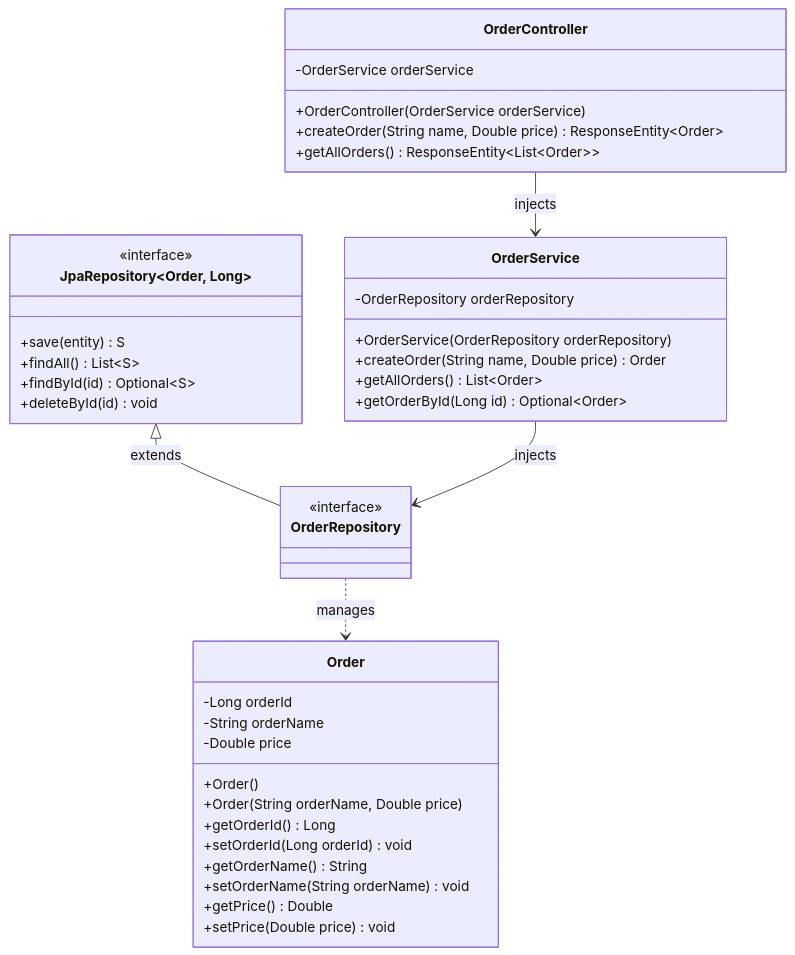
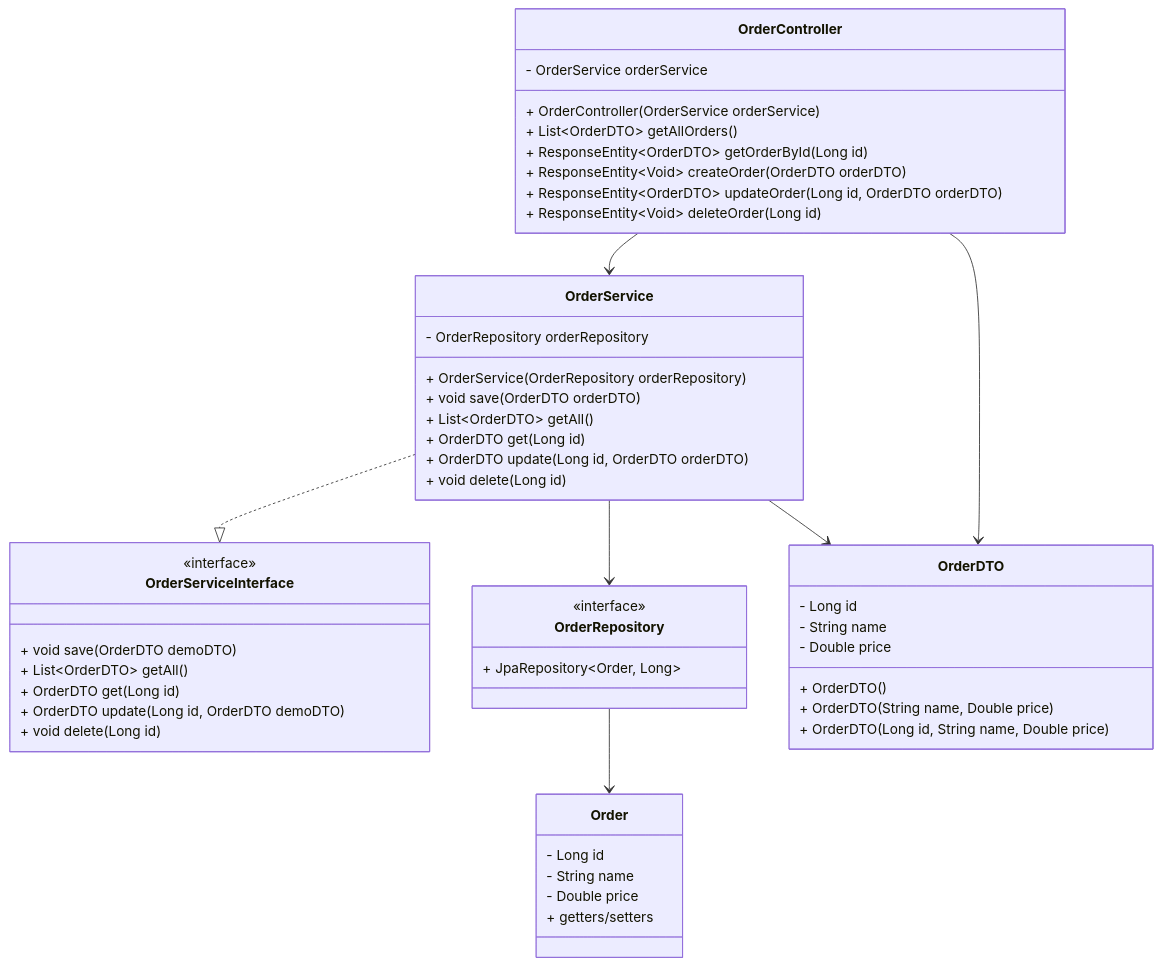
The second of 2 diagrams in README.md (rdr02000/demo), drawn with Mermaid before and after one commit. The commit also changed other lines of this file, not shown here.

Commit message:
update diagram

````diff
--- a/README.md
+++ b/README.md
@@ -171,50 +171,60 @@
 ```mermaid
 classDiagram
-    class Order {
-        -Long orderId
-        -String orderName
-        -Double price
-        +Order()
-        +Order(String orderName, Double price)
-        +getOrderId() Long
-        +setOrderId(Long orderId) void
-        +getOrderName() String
-        +setOrderName(String orderName) void
-        +getPrice() Double
-        +setPrice(Double price) void
+    class OrderController {
+        - OrderService orderService
+        + OrderController(OrderService orderService)
+        + List~OrderDTO~ getAllOrders()
+        + ResponseEntity~OrderDTO~ getOrderById(Long id)
+        + ResponseEntity~Void~ createOrder(OrderDTO orderDTO)
+        + ResponseEntity~OrderDTO~ updateOrder(Long id, OrderDTO orderDTO)
+        + ResponseEntity~Void~ deleteOrder(Long id)
     }
 
-    class JpaRepository~Order, Long~ {
+    class OrderService {
+        - OrderRepository orderRepository
+        + OrderService(OrderRepository orderRepository)
+        + void save(OrderDTO orderDTO)
+        + List~OrderDTO~ getAll()
+        + OrderDTO get(Long id)
+        + OrderDTO update(Long id, OrderDTO orderDTO)
+        + void delete(Long id)
+    }
+
+    class OrderServiceInterface {
         <<interface>>
-        +save(entity) S
-        +findAll() List~S~
-        +findById(id) Optional~S~
-        +deleteById(id) void
+        + void save(OrderDTO demoDTO)
+        + List~OrderDTO~ getAll()
+        + OrderDTO get(Long id)
+        + OrderDTO update(Long id, OrderDTO demoDTO)
+        + void delete(Long id)
     }
 
     class OrderRepository {
         <<interface>>
+        + JpaRepository~Order, Long~
     }
 
-    class OrderService {
-        -OrderRepository orderRepository
-        +OrderService(OrderRepository orderRepository)
-        +createOrder(String name, Double price) Order
-        +getAllOrders() List~Order~
-        +getOrderById(Long id) Optional~Order~
+    class Order {
+        - Long id
+        - String name
+        - Double price
+        + getters/setters
     }
 
-    class OrderController {
-        -OrderService orderService
-        +OrderController(OrderService orderService)
-        +createOrder(String name, Double price) ResponseEntity~Order~
-        +getAllOrders() ResponseEntity~List~Order~~
+    class OrderDTO {
+        - Long id
+        - String name
+        - Double price
+        + OrderDTO()
+        + OrderDTO(String name, Double price)
+        + OrderDTO(Long id, String name, Double price)
     }
 
-    %% Relationships
-    JpaRepository <|-- OrderRepository : extends
-    OrderRepository ..> Order : manages
-    OrderService --> OrderRepository : injects
-    OrderController --> OrderService : injects
+    OrderController --> OrderService
+    OrderService ..|> OrderServiceInterface
+    OrderService --> OrderRepository
+    OrderRepository --> Order
+    OrderController --> OrderDTO
+    OrderService --> OrderDTO
 
 ```
````
